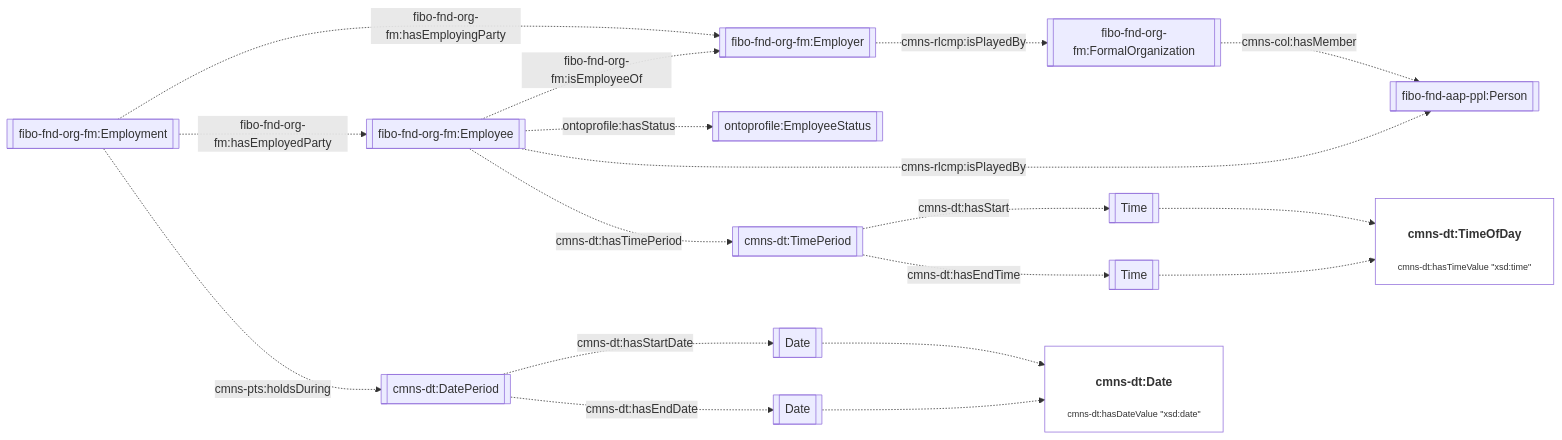
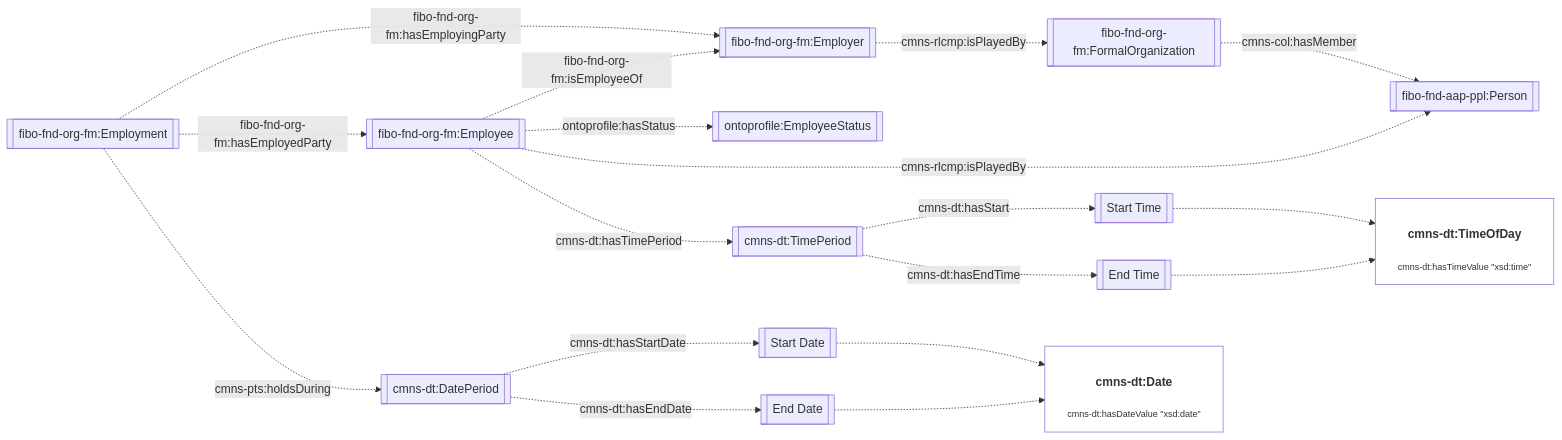
The eighth of 10 diagrams in JPS_Ontology/ontology/ontoprofile/README.MD (cambridge-cares/TheWorldAvatar), drawn with Mermaid before and after one commit. The commit also changed other lines of this file and 2 other files, not shown here.

Commit message:
dev-service-execution-ontology-extension: clean up docs

````diff
--- a/JPS_Ontology/ontology/ontoprofile/README.MD
+++ b/JPS_Ontology/ontology/ontoprofile/README.MD
@@ -196,28 +196,28 @@
 ```mermaid
 flowchart LR
     %% Styling
     classDef literal fill:none
     classDef node overflow-wrap:break-word,text-wrap:pretty
     linkStyle default overflow-wrap:break-word,text-wrap:pretty;
 
     %% Contents
     Employment[[fibo-fnd-org-fm:Employment]] -. fibo-fnd-org-fm:hasEmployingParty .-> Employer[[fibo-fnd-org-fm:Employer]]
     Employment -. fibo-fnd-org-fm:hasEmployedParty .-> Employee[[fibo-fnd-org-fm:Employee]]
     Employment -. cmns-pts:holdsDuring .-> DatePeriod[[cmns-dt:DatePeriod]]
-    DatePeriod -. cmns-dt:hasStartDate .-> StartDate[[Date]]
-    DatePeriod -. cmns-dt:hasEndDate .-> EndDate[[Date]]
+    DatePeriod -. cmns-dt:hasStartDate .-> StartDate[[Start Date]]
+    DatePeriod -. cmns-dt:hasEndDate .-> EndDate[[End Date]]
     StartDate -.-> Date["<h4>cmns-dt:Date</h4><p style='font-size:0.75rem;'>cmns-dt:hasDateValue &quot;xsd:date&quot;</p>"]:::literal
     EndDate -.-> Date
 
     Employee -. fibo-fnd-org-fm:isEmployeeOf .-> Employer
     Employee -. ontoprofile:hasStatus .-> EmployeeStatus[[ontoprofile:EmployeeStatus]]
     Employer -. cmns-rlcmp:isPlayedBy .-> Org[[fibo-fnd-org-fm:FormalOrganization]]
     Employee -. cmns-rlcmp:isPlayedBy .-> Person[[fibo-fnd-aap-ppl:Person]]
     Org -. cmns-col:hasMember .-> Person
 
     Employee -. cmns-dt:hasTimePeriod .-> TimePeriod[[cmns-dt:TimePeriod]]
-    TimePeriod -. cmns-dt:hasStart .-> StartTime[[Time]]
-    TimePeriod -. cmns-dt:hasEndTime .-> EndTime[[Time]]
+    TimePeriod -. cmns-dt:hasStart .-> StartTime[[Start Time]]
+    TimePeriod -. cmns-dt:hasEndTime .-> EndTime[[End Time]]
     StartTime -.-> Time["<h4>cmns-dt:TimeOfDay</h4><p style='font-size:0.75rem;'>cmns-dt:hasTimeValue &quot;xsd:time&quot;</p>"]:::literal
     EndTime -.-> Time
 ```
````
